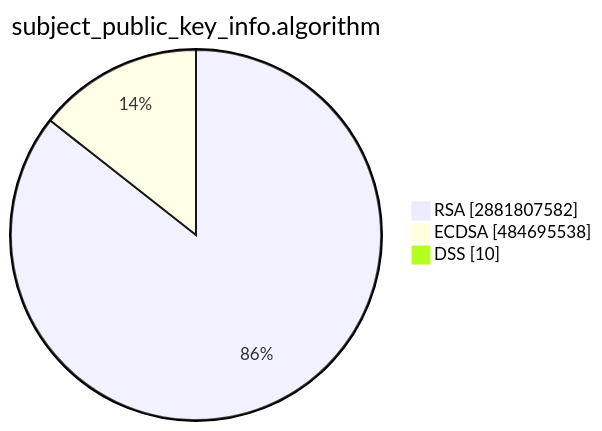
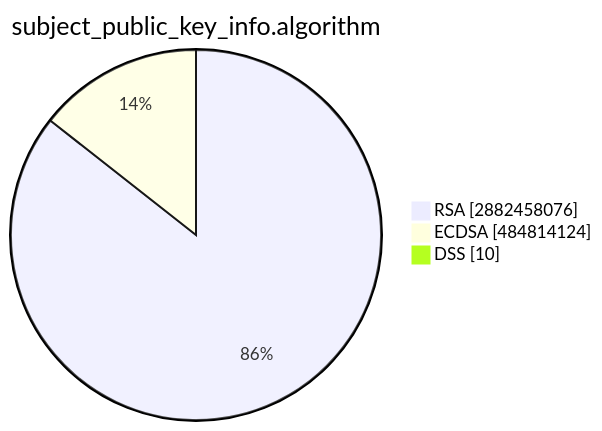
Before and after one commit to christiankrug/ctmonitor_visualization: the second of 15 diagrams in TOTAL/README.md, drawn with Mermaid. The commit also changed other lines of this file, not shown here.

````diff
--- a/TOTAL/README.md
+++ b/TOTAL/README.md
@@ -6,7 +6,7 @@
 ```mermaid
 pie showData
 title subject_public_key_info.algorithm
-"RSA" :2881807582
-"ECDSA" :484695538
+"RSA" :2882458076
+"ECDSA" :484814124
 "DSS" :10
 ```
````
